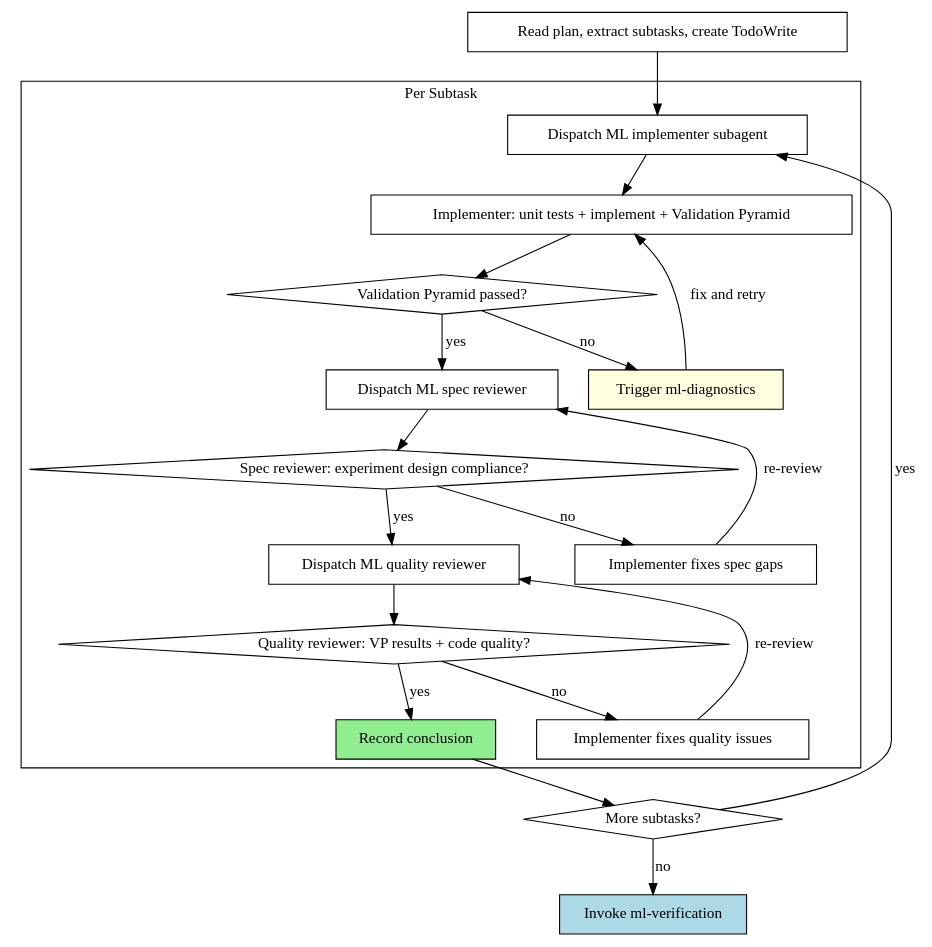
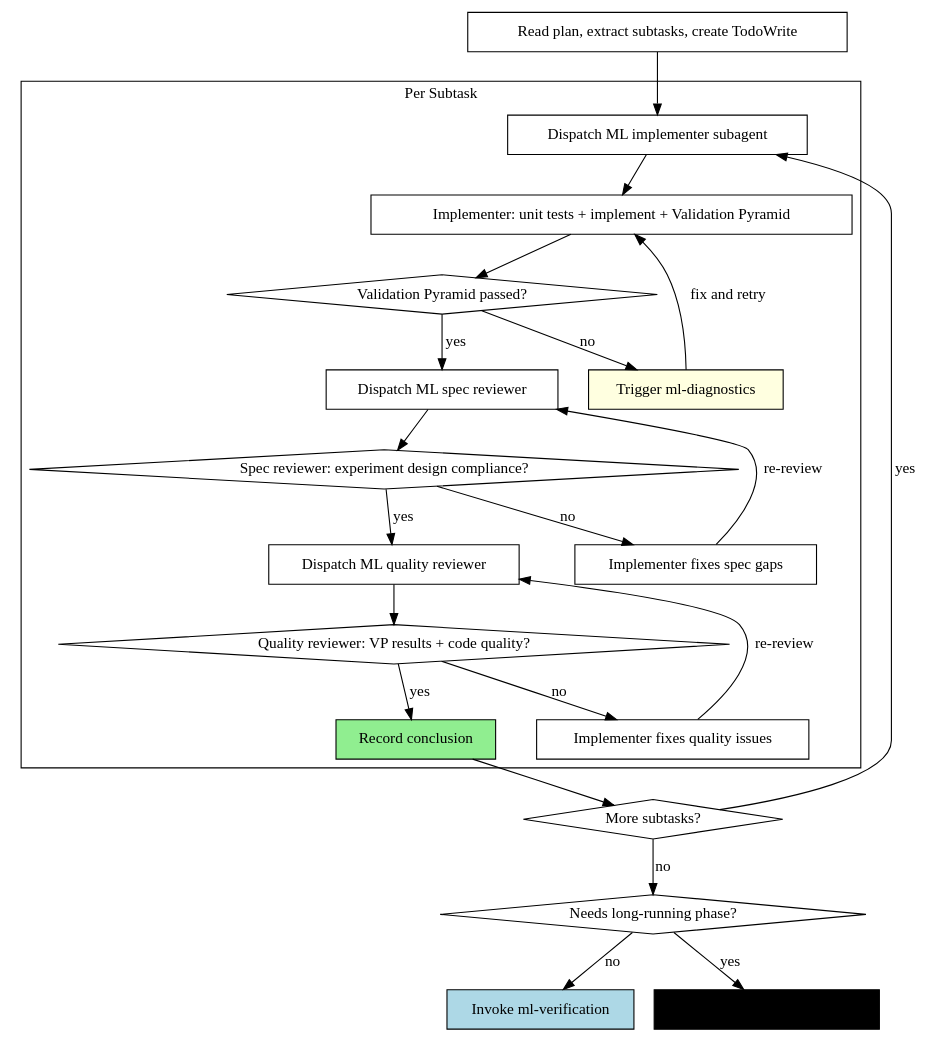
The diagram in skills/ml-subagent-dev/SKILL.md (qqhard/superpowers-ML), drawn with Graphviz before and after one commit. The commit also changed other lines of this file, not shown here.

Commit message:
feat: add long-running handoff decision to ml-subagent-dev

````diff
--- a/skills/ml-subagent-dev/SKILL.md
+++ b/skills/ml-subagent-dev/SKILL.md
@@ -26,42 +26,46 @@
 ```dot
 digraph process {
     rankdir=TB;
 
     subgraph cluster_per_subtask {
         label="Per Subtask";
         "Dispatch ML implementer subagent" [shape=box];
         "Implementer: unit tests + implement + Validation Pyramid" [shape=box];
         "Validation Pyramid passed?" [shape=diamond];
         "Trigger ml-diagnostics" [shape=box style=filled fillcolor=lightyellow];
         "Dispatch ML spec reviewer" [shape=box];
         "Spec reviewer: experiment design compliance?" [shape=diamond];
         "Implementer fixes spec gaps" [shape=box];
         "Dispatch ML quality reviewer" [shape=box];
         "Quality reviewer: VP results + code quality?" [shape=diamond];
         "Implementer fixes quality issues" [shape=box];
         "Record conclusion" [shape=box style=filled fillcolor=lightgreen];
     }
 
     "Read plan, extract subtasks, create TodoWrite" [shape=box];
     "More subtasks?" [shape=diamond];
     "Invoke ml-verification" [shape=box style=filled fillcolor=lightblue];
 
     "Read plan, extract subtasks, create TodoWrite" -> "Dispatch ML implementer subagent";
     "Dispatch ML implementer subagent" -> "Implementer: unit tests + implement + Validation Pyramid";
     "Implementer: unit tests + implement + Validation Pyramid" -> "Validation Pyramid passed?";
     "Validation Pyramid passed?" -> "Dispatch ML spec reviewer" [label="yes"];
     "Validation Pyramid passed?" -> "Trigger ml-diagnostics" [label="no"];
     "Trigger ml-diagnostics" -> "Implementer: unit tests + implement + Validation Pyramid" [label="fix and retry"];
     "Dispatch ML spec reviewer" -> "Spec reviewer: experiment design compliance?";
     "Spec reviewer: experiment design compliance?" -> "Implementer fixes spec gaps" [label="no"];
     "Implementer fixes spec gaps" -> "Dispatch ML spec reviewer" [label="re-review"];
     "Spec reviewer: experiment design compliance?" -> "Dispatch ML quality reviewer" [label="yes"];
     "Dispatch ML quality reviewer" -> "Quality reviewer: VP results + code quality?";
     "Quality reviewer: VP results + code quality?" -> "Implementer fixes quality issues" [label="no"];
     "Implementer fixes quality issues" -> "Dispatch ML quality reviewer" [label="re-review"];
     "Quality reviewer: VP results + code quality?" -> "Record conclusion" [label="yes"];
     "Record conclusion" -> "More subtasks?";
     "More subtasks?" -> "Dispatch ML implementer subagent" [label="yes"];
-    "More subtasks?" -> "Invoke ml-verification" [label="no"];
+    "More subtasks?" -> "Needs long-running phase?" [label="no"];
+    "Needs long-running phase?" [shape=diamond];
+    "Invoke ml-training-handoff" [shape=box style=filled fillcolor=lightorange];
+    "Needs long-running phase?" -> "Invoke ml-training-handoff" [label="yes"];
+    "Needs long-running phase?" -> "Invoke ml-verification" [label="no"];
 }
 ```
````
